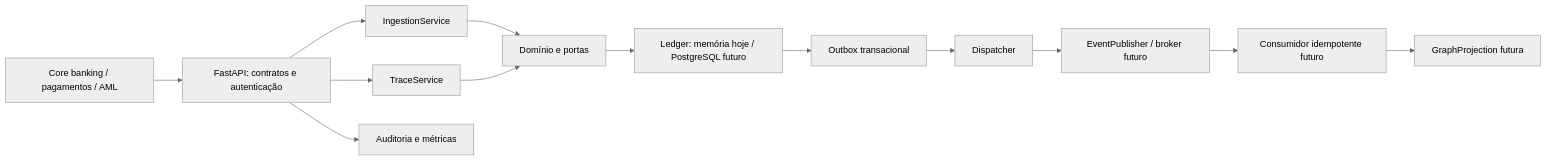
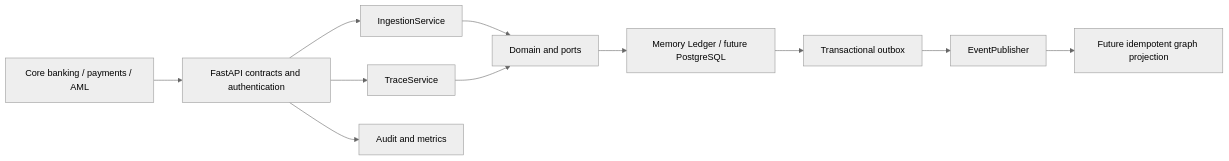
Before and after one commit to maykonlincolnusa/OR-TRACE: the diagram in README.md, drawn with Mermaid (neutral theme). The commit also changed other lines of this file and 8 other files, not shown here.

````diff
--- a/README.md
+++ b/README.md
@@ -54,15 +34,13 @@
 ```mermaid
 flowchart LR
-  Core[Core banking / pagamentos / AML] --> API[FastAPI: contratos e autenticação]
+  Source[Core banking / payments / AML] --> API[FastAPI contracts and authentication]
   API --> Ingest[IngestionService]
   API --> Trace[TraceService]
-  Ingest --> Domain[Domínio e portas]
+  Ingest --> Domain[Domain and ports]
   Trace --> Domain
-  Domain --> Ledger[Ledger: memória hoje / PostgreSQL futuro]
-  Ledger --> Outbox[Outbox transacional]
-  Outbox --> Worker[Dispatcher]
-  Worker --> Broker[EventPublisher / broker futuro]
-  Broker --> Consumer[Consumidor idempotente futuro]
-  Consumer --> Graph[GraphProjection futura]
-  API --> Audit[Auditoria e métricas]
+  Domain --> Ledger[Memory Ledger / future PostgreSQL]
+  Ledger --> Outbox[Transactional outbox]
+  Outbox --> Publisher[EventPublisher]
+  Publisher --> Projection[Future idempotent graph projection]
+  API --> Audit[Audit and metrics]
 ```
````
